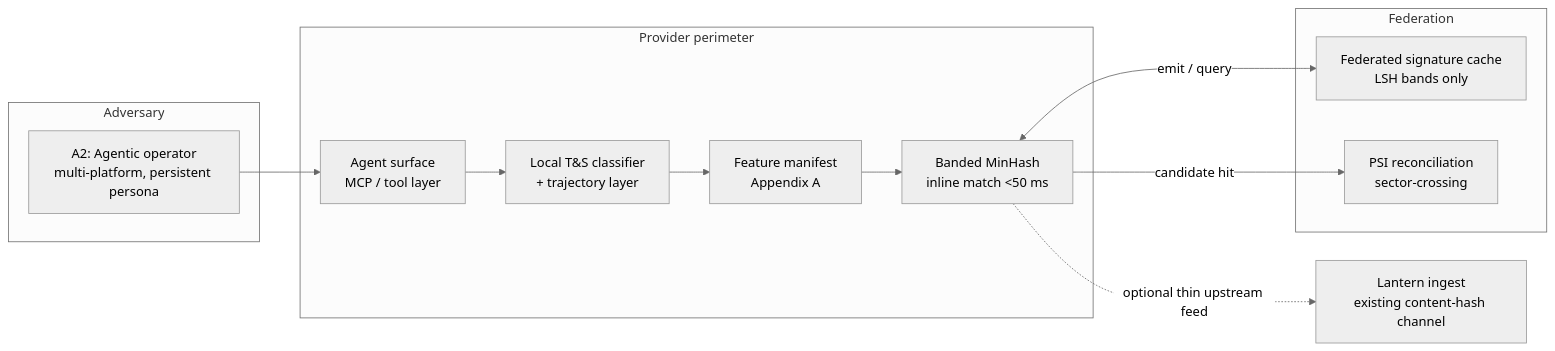
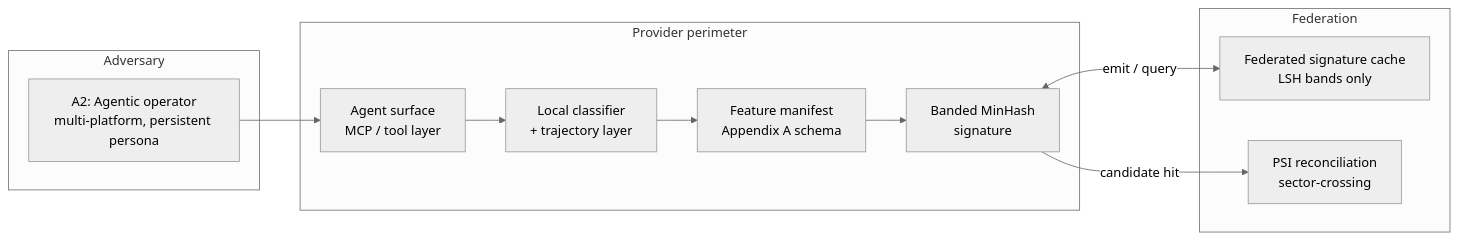
One commit to gillfahrawn/Adversarial-Intent-Telemetry changed the first of 2 diagrams in README.md. Above: the diagram before and after it, drawn with Mermaid (neutral theme). The commit also changed other lines of this file, not shown here.

````diff
--- a/README.md
+++ b/README.md
@@ -35,22 +62,20 @@
 ```mermaid
 flowchart LR
     subgraph Adversary
       A2[A2: Agentic operator<br/>multi-platform, persistent persona]
     end
     subgraph Provider perimeter
       MCP[Agent surface<br/>MCP / tool layer]
-      CLS[Local T&S classifier<br/>+ trajectory layer]
-      MAT[Feature manifest<br/>Appendix A]
-      LSH[Banded MinHash<br/>inline match &lt;50 ms]
+      CLS[Local classifier<br/>+ trajectory layer]
+      MAT[Feature manifest<br/>Appendix A schema]
+      LSH[Banded MinHash<br/>signature]
     end
     subgraph Federation
       CACHE[Federated signature cache<br/>LSH bands only]
       PSI[PSI reconciliation<br/>sector-crossing]
     end
-    LANT[Lantern ingest<br/>existing content-hash channel]
 
     A2 --> MCP --> CLS --> MAT --> LSH
     LSH <-->|emit / query| CACHE
     LSH -->|candidate hit| PSI
-    LSH -.->|optional thin upstream feed| LANT
 ```
````
